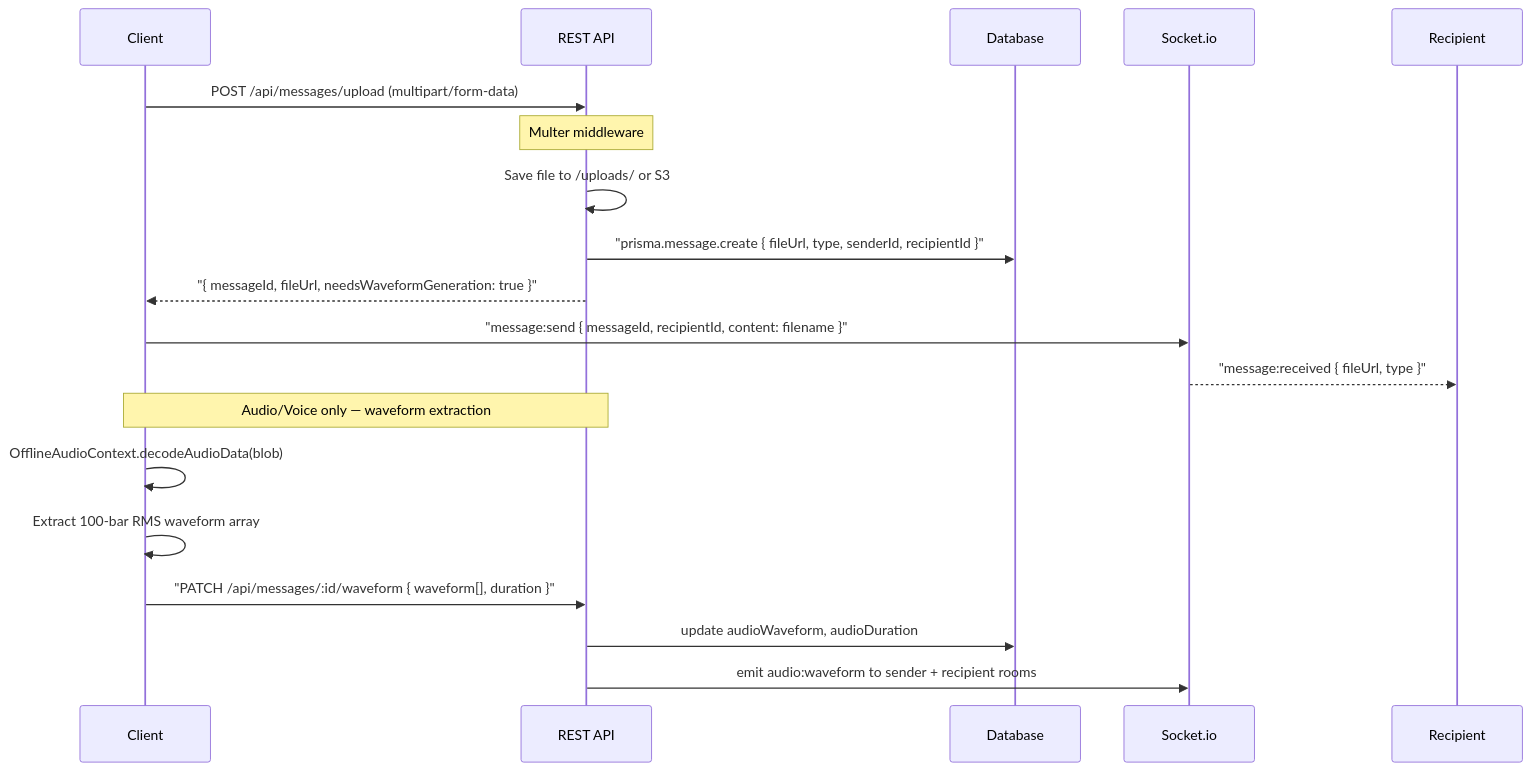
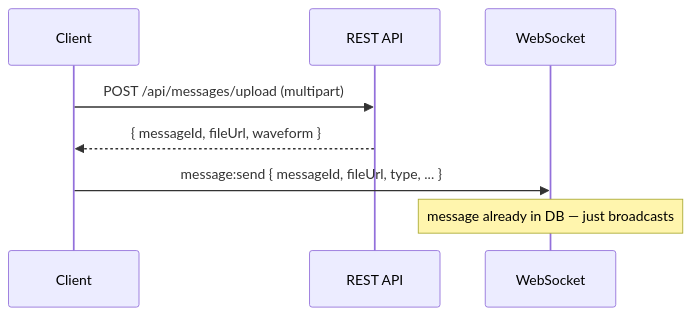
One commit to neofuture/chatr changed the sixth of 8 diagrams in Documentation/Features/MESSAGING.md. Above: the diagram before and after it, drawn with Mermaid. The commit also changed other lines of this file and 158 other files, not shown here.

````diff
--- a/Documentation/Features/MESSAGING.md
+++ b/Documentation/Features/MESSAGING.md
@@ -67,22 +157,11 @@
 ```mermaid
 sequenceDiagram
     participant C as Client
     participant API as REST API
-    participant DB as Database
-    participant WS as Socket.io
-    participant R as Recipient
+    participant WS as WebSocket
 
-    C->>API: POST /api/messages/upload (multipart/form-data)
-    Note over API: Multer middleware
-    API->>API: Save file to /uploads/ or S3
-    API->>DB: "prisma.message.create { fileUrl, type, senderId, recipientId }"
-    API-->>C: "{ messageId, fileUrl, needsWaveformGeneration: true }"
-    C->>WS: "message:send { messageId, recipientId, content: filename }"
-    WS-->>R: "message:received { fileUrl, type }"
-    Note over C,API: Audio/Voice only — waveform extraction
-    C->>C: OfflineAudioContext.decodeAudioData(blob)
-    C->>C: Extract 100-bar RMS waveform array
-    C->>API: "PATCH /api/messages/:id/waveform { waveform[], duration }"
-    API->>DB: update audioWaveform, audioDuration
-    API->>WS: emit audio:waveform to sender + recipient rooms
+    C->>API: POST /api/messages/upload (multipart)
+    API-->>C: { messageId, fileUrl, waveform }
+    C->>WS: message:send { messageId, fileUrl, type, ... }
+    Note over WS: message already in DB — just broadcasts
 ```
````
